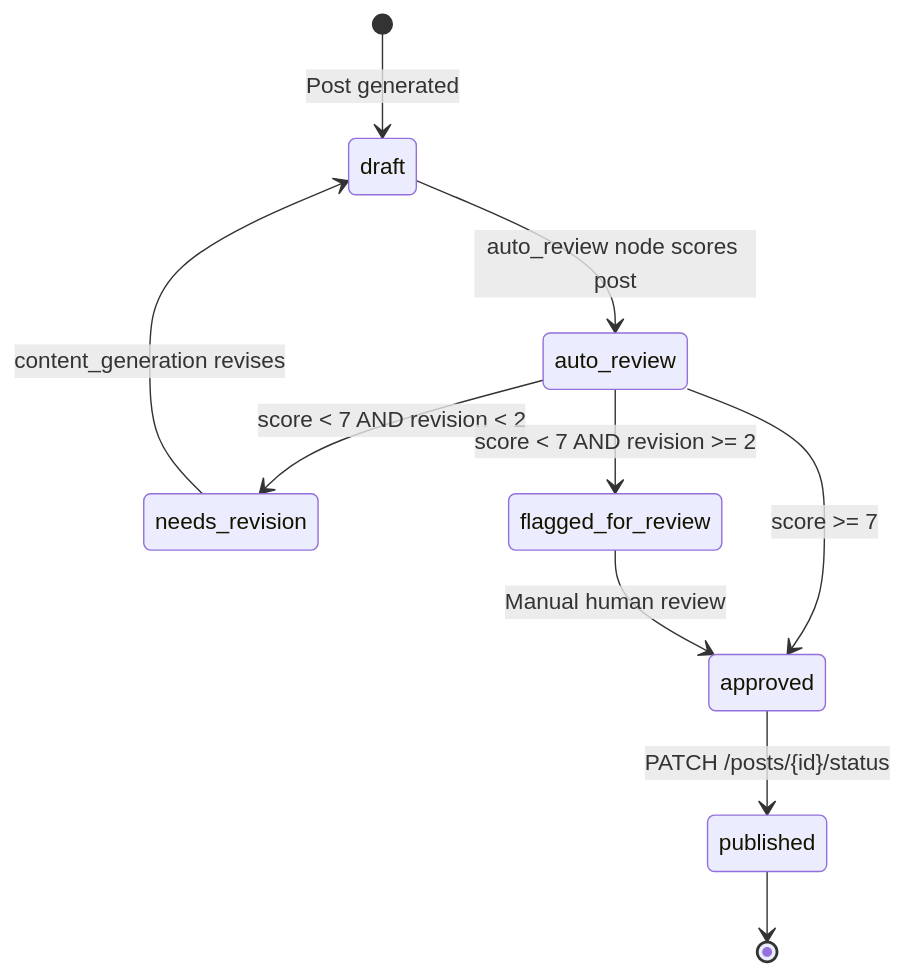
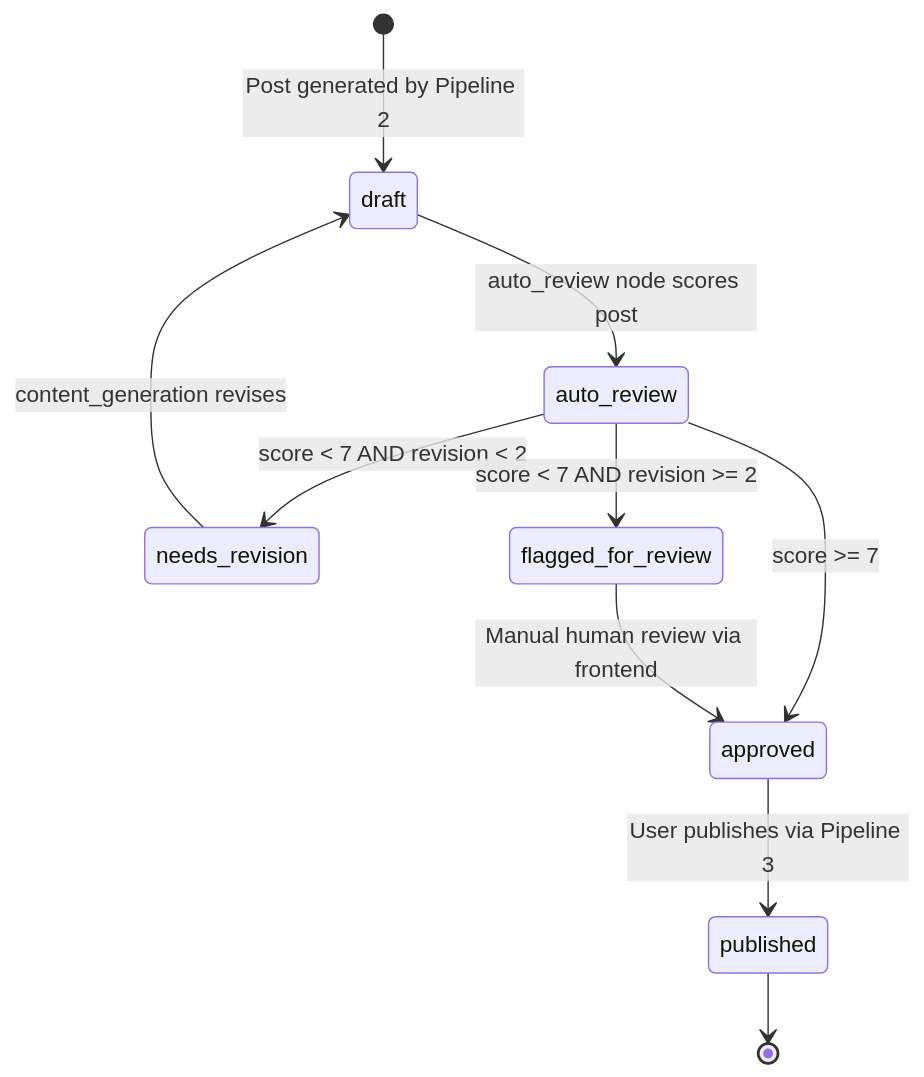
One commit to minhduc59/marketing-content_create-multi_agent changed the tenth of 12 diagrams in docs/architecture-diagrams.md. Above: the diagram before and after it, drawn with Mermaid. The commit also changed other lines of this file and 96 other files, not shown here.

````diff
--- a/docs/architecture-diagrams.md
+++ b/docs/architecture-diagrams.md
@@ -466,18 +604,18 @@
 ```mermaid
 stateDiagram-v2
-    [*] --> draft: Post generated
+    [*] --> draft: Post generated by Pipeline 2
 
     draft --> auto_review: auto_review node scores post
 
     state auto_review <<choice>>
     auto_review --> needs_revision: score < 7 AND revision < 2
     auto_review --> approved: score >= 7
     auto_review --> flagged_for_review: score < 7 AND revision >= 2
 
     needs_revision --> draft: content_generation revises
 
-    approved --> published: PATCH /posts/{id}/status
-    flagged_for_review --> approved: Manual human review
+    approved --> published: User publishes via Pipeline 3
+    flagged_for_review --> approved: Manual human review via frontend
 
     published --> [*]
 ```
````
